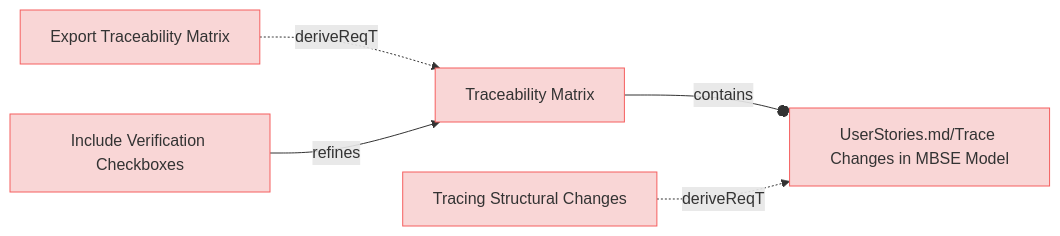
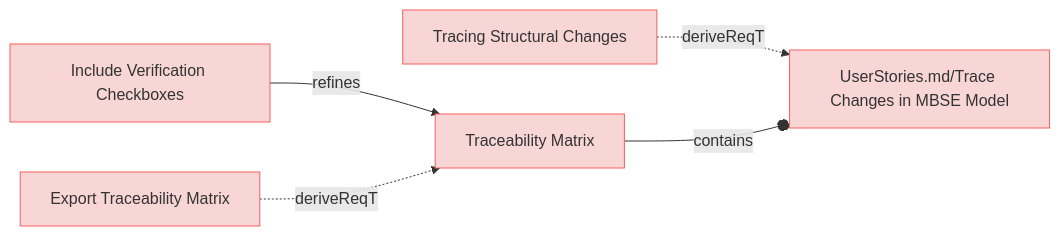
Before and after one commit to reqvire-org/reqvire: the sixth of 8 diagrams in specifications/UserRequirements.md, drawn with Mermaid. The commit also changed other lines of this file and 18 other files, not shown here.

````diff
--- a/specifications/UserRequirements.md
+++ b/specifications/UserRequirements.md
@@ -401,28 +401,28 @@
 ```mermaid
 graph LR;
   %% Graph styling
   classDef requirement fill:#f9d6d6,stroke:#f55f5f,stroke-width:1px;
   classDef verification fill:#d6f9d6,stroke:#5fd75f,stroke-width:1px;
   classDef externalLink fill:#d0e0ff,stroke:#3080ff,stroke-width:1px;
   classDef default fill:#f5f5f5,stroke:#333333,stroke-width:1px;
 
+  d7b7b13a5b8d96e1["Tracing Structural Changes"];
+  class d7b7b13a5b8d96e1 requirement;
+  click d7b7b13a5b8d96e1 "UserRequirements.md#tracing-structural-changes";
+  5ef9c8ae19a9f55a["UserStories.md/Trace Changes in MBSE Model"];
+  class 5ef9c8ae19a9f55a requirement;
+  click 5ef9c8ae19a9f55a "UserStories.md#trace-changes-in-mbse-model";
+  d7b7b13a5b8d96e1 -.->|deriveReqT| 5ef9c8ae19a9f55a;
   4e30ea0930dc9c26["Traceability Matrix"];
   class 4e30ea0930dc9c26 requirement;
   click 4e30ea0930dc9c26 "UserRequirements.md#traceability-matrix";
-  5ef9c8ae19a9f55a["UserStories.md/Trace Changes in MBSE Model"];
-  class 5ef9c8ae19a9f55a requirement;
-  click 5ef9c8ae19a9f55a "UserStories.md#trace-changes-in-mbse-model";
   4e30ea0930dc9c26 --o|contains| 5ef9c8ae19a9f55a;
+  6d32b919c82784b7["Include Verification Checkboxes"];
+  class 6d32b919c82784b7 requirement;
+  click 6d32b919c82784b7 "UserRequirements.md#include-verification-checkboxes";
+  6d32b919c82784b7 -->|refines| 4e30ea0930dc9c26;
   7de9a55d6102af23["Export Traceability Matrix"];
   class 7de9a55d6102af23 requirement;
   click 7de9a55d6102af23 "UserRequirements.md#export-traceability-matrix";
   7de9a55d6102af23 -.->|deriveReqT| 4e30ea0930dc9c26;
-  6d32b919c82784b7["Include Verification Checkboxes"];
-  class 6d32b919c82784b7 requirement;
-  click 6d32b919c82784b7 "UserRequirements.md#include-verification-checkboxes";
-  6d32b919c82784b7 -->|refines| 4e30ea0930dc9c26;
-  d7b7b13a5b8d96e1["Tracing Structural Changes"];
-  class d7b7b13a5b8d96e1 requirement;
-  click d7b7b13a5b8d96e1 "UserRequirements.md#tracing-structural-changes";
-  d7b7b13a5b8d96e1 -.->|deriveReqT| 5ef9c8ae19a9f55a;
 ```
````
